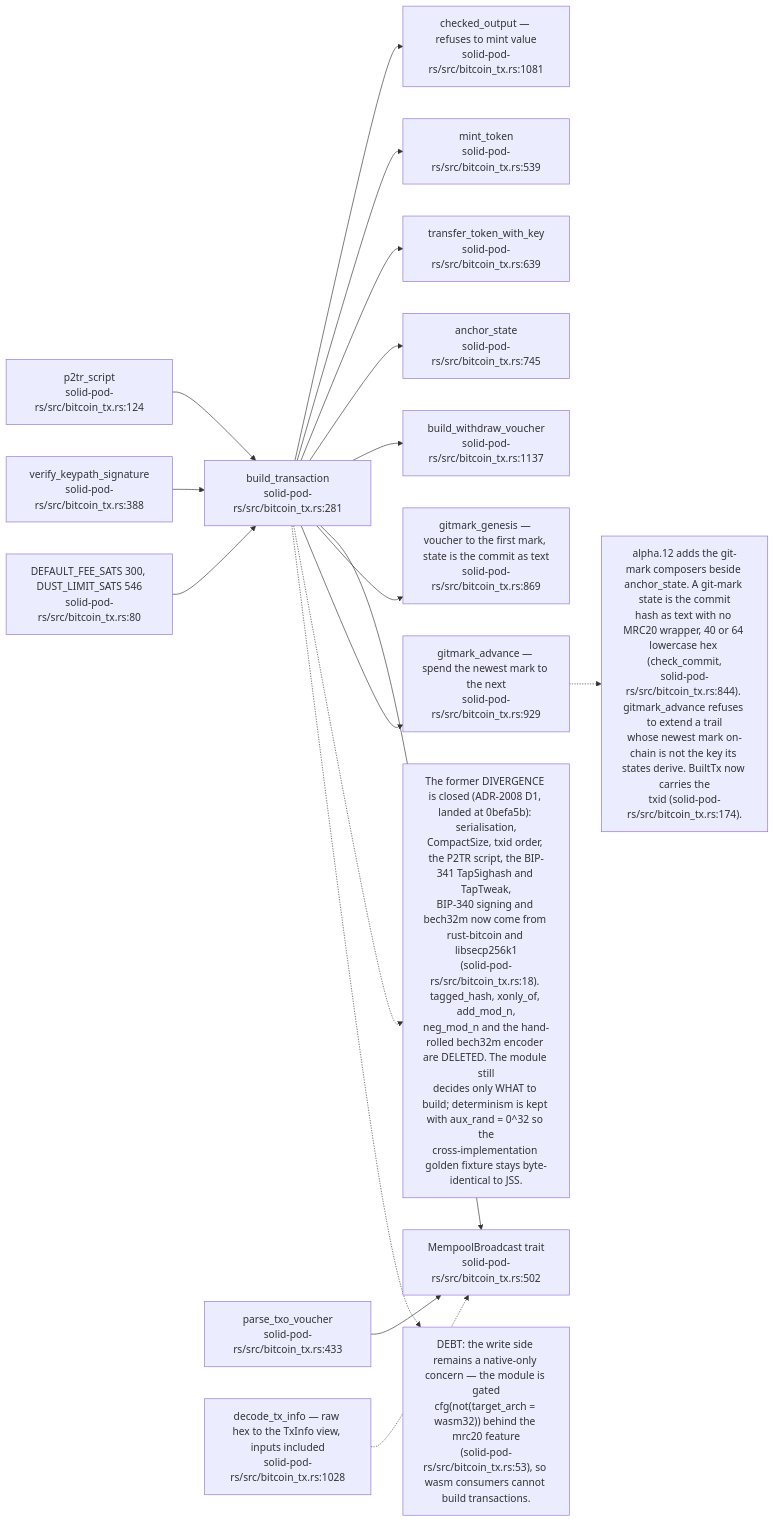
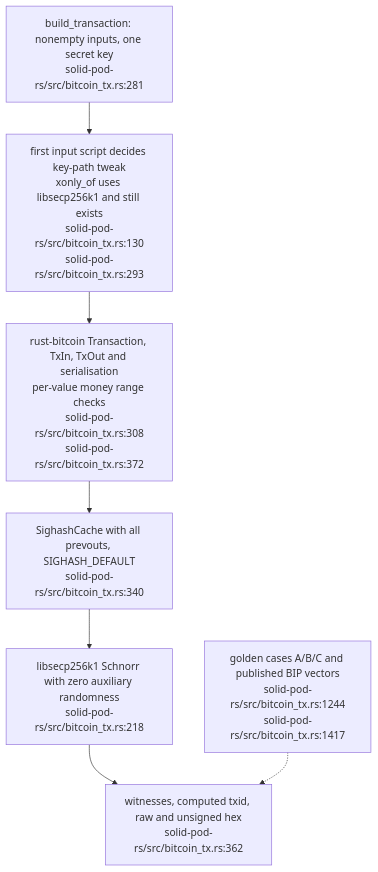
Before and after one commit to DreamLab-AI/VisionFlow: the ninth of 19 diagrams in docs/diagrams/solid-pod-rs/07-provenance-and-payments.md, drawn with Mermaid. The commit also changed other lines of this file and 54 other files, not shown here.

````diff
--- a/docs/diagrams/solid-pod-rs/07-provenance-and-payments.md
+++ b/docs/diagrams/solid-pod-rs/07-provenance-and-payments.md
@@ -271,37 +269,12 @@
 ```mermaid
-flowchart LR
-    BLD["build_transaction<br/>solid-pod-rs/src/bitcoin_tx.rs:281"]
-    P2TR["p2tr_script<br/>solid-pod-rs/src/bitcoin_tx.rs:124"]
-    VS["verify_keypath_signature<br/>solid-pod-rs/src/bitcoin_tx.rs:388"]
-    FEE["DEFAULT_FEE_SATS 300, DUST_LIMIT_SATS 546<br/>solid-pod-rs/src/bitcoin_tx.rs:80"]
-    CO["checked_output — refuses to mint value<br/>solid-pod-rs/src/bitcoin_tx.rs:1081"]
-    MINT["mint_token<br/>solid-pod-rs/src/bitcoin_tx.rs:539"]
-    XFER["transfer_token_with_key<br/>solid-pod-rs/src/bitcoin_tx.rs:639"]
-    ANC["anchor_state<br/>solid-pod-rs/src/bitcoin_tx.rs:745"]
-    VCH["build_withdraw_voucher<br/>solid-pod-rs/src/bitcoin_tx.rs:1137"]
-    TXO["parse_txo_voucher<br/>solid-pod-rs/src/bitcoin_tx.rs:433"]
-    BC["MempoolBroadcast trait<br/>solid-pod-rs/src/bitcoin_tx.rs:502"]
-    GG["gitmark_genesis — voucher to the first mark, state is the commit as text<br/>solid-pod-rs/src/bitcoin_tx.rs:869"]
-    GA["gitmark_advance — spend the newest mark to the next<br/>solid-pod-rs/src/bitcoin_tx.rs:929"]
-    DTI["decode_tx_info — raw hex to the TxInfo view, inputs included<br/>solid-pod-rs/src/bitcoin_tx.rs:1028"]
-
-    P2TR --> BLD --> CO
-    BLD --> MINT
-    BLD --> XFER
-    BLD --> ANC
-    BLD --> VCH
-    BLD --> BC
-    BLD --> GG
-    BLD --> GA
-    DTI -.-> BC
-    VS --> BLD
-    FEE --> BLD
-    TXO --> BC
-
-    N["The former DIVERGENCE is closed (ADR-2008 D1, landed at 0befa5b): serialisation,<br/>CompactSize, txid order, the P2TR script, the BIP-341 TapSighash and TapTweak,<br/>BIP-340 signing and bech32m now come from rust-bitcoin and libsecp256k1<br/>(solid-pod-rs/src/bitcoin_tx.rs:18). tagged_hash, xonly_of, add_mod_n,<br/>neg_mod_n and the hand-rolled bech32m encoder are DELETED. The module still<br/>decides only WHAT to build; determinism is kept with aux_rand = 0^32 so the<br/>cross-implementation golden fixture stays byte-identical to JSS."]
-    BLD -.-> N
-    N3["alpha.12 adds the git-mark composers beside anchor_state. A git-mark state is the commit<br/>hash as text with no MRC20 wrapper, 40 or 64 lowercase hex (check_commit,<br/>solid-pod-rs/src/bitcoin_tx.rs:844). gitmark_advance refuses to extend a trail<br/>whose newest mark on-chain is not the key its states derive. BuiltTx now carries the<br/>txid (solid-pod-rs/src/bitcoin_tx.rs:174)."]
-    GA -.-> N3
-    N2["DEBT: the write side remains a native-only concern — the module is gated<br/>cfg(not(target_arch = wasm32)) behind the mrc20 feature<br/>(solid-pod-rs/src/bitcoin_tx.rs:53), so wasm consumers cannot build transactions."]
-    BLD -.-> N2
+flowchart TD
+    INPUT["build_transaction: nonempty inputs, one secret key<br/>solid-pod-rs/src/bitcoin_tx.rs:281"]
+    KEY["first input script decides key-path tweak<br/>xonly_of uses libsecp256k1 and still exists<br/>solid-pod-rs/src/bitcoin_tx.rs:130<br/>solid-pod-rs/src/bitcoin_tx.rs:293"]
+    TX["rust-bitcoin Transaction, TxIn, TxOut and serialisation<br/>per-value money range checks<br/>solid-pod-rs/src/bitcoin_tx.rs:308<br/>solid-pod-rs/src/bitcoin_tx.rs:372"]
+    HASH["SighashCache with all prevouts, SIGHASH_DEFAULT<br/>solid-pod-rs/src/bitcoin_tx.rs:340"]
+    SIGN["libsecp256k1 Schnorr with zero auxiliary randomness<br/>solid-pod-rs/src/bitcoin_tx.rs:218"]
+    RESULT["witnesses, computed txid, raw and unsigned hex<br/>solid-pod-rs/src/bitcoin_tx.rs:362"]
+    CHECK["golden cases A/B/C and published BIP vectors<br/>solid-pod-rs/src/bitcoin_tx.rs:1244<br/>solid-pod-rs/src/bitcoin_tx.rs:1417"]
+    INPUT --> KEY --> TX --> HASH --> SIGN --> RESULT
+    CHECK -.-> RESULT
 ```
````
